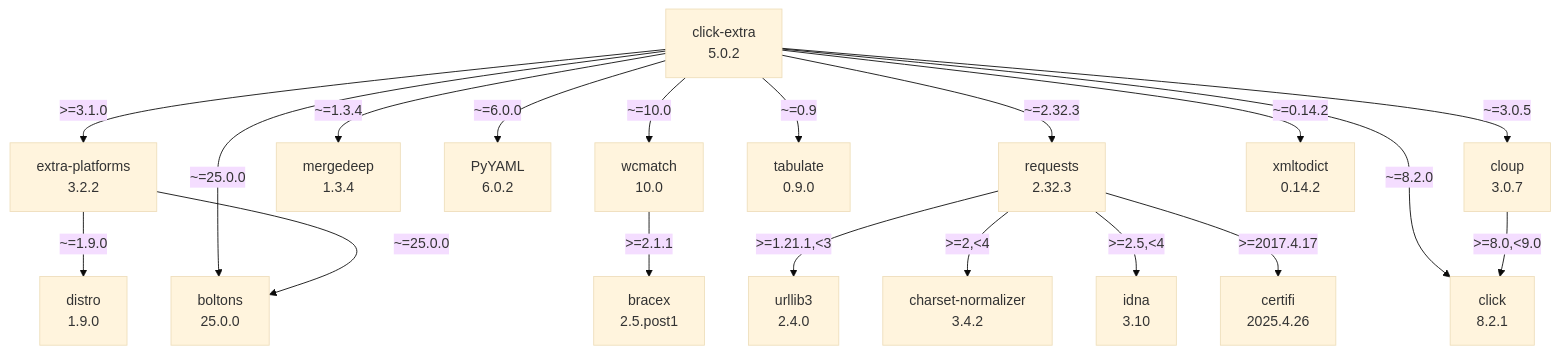
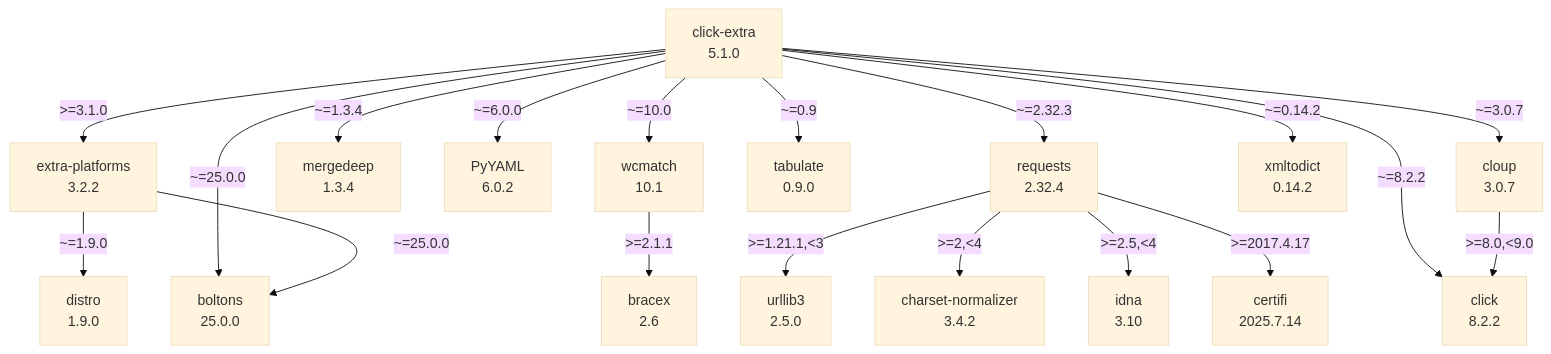
Before and after one commit to kdeldycke/click-extra: the diagram in docs/assets/dependencies.mmd, drawn with Mermaid (base theme).

Commit message:
[autofix] Regenerate dependency graph

```diff
--- a/docs/assets/dependencies.mmd
+++ b/docs/assets/dependencies.mmd
@@ -1,37 +1,37 @@
 flowchart TD
     classDef missing stroke-dasharray: 5
     boltons["boltons\n25.0.0"]
-    bracex["bracex\n2.5.post1"]
-    certifi["certifi\n2025.4.26"]
+    bracex["bracex\n2.6"]
+    certifi["certifi\n2025.7.14"]
     charset-normalizer["charset-normalizer\n3.4.2"]
-    click-extra["click-extra\n5.0.2"]
-    click_0["click\n8.2.1"]
+    click-extra["click-extra\n5.1.0"]
+    click_0["click\n8.2.2"]
     cloup["cloup\n3.0.7"]
     distro["distro\n1.9.0"]
     extra-platforms["extra-platforms\n3.2.2"]
     idna["idna\n3.10"]
     mergedeep["mergedeep\n1.3.4"]
     pyyaml["PyYAML\n6.0.2"]
-    requests["requests\n2.32.3"]
+    requests["requests\n2.32.4"]
     tabulate["tabulate\n0.9.0"]
-    urllib3["urllib3\n2.4.0"]
-    wcmatch["wcmatch\n10.0"]
+    urllib3["urllib3\n2.5.0"]
+    wcmatch["wcmatch\n10.1"]
     xmltodict["xmltodict\n0.14.2"]
     click-extra -- ">=3.1.0" --> extra-platforms
     click-extra -- "~=0.14.2" --> xmltodict
     click-extra -- "~=0.9" --> tabulate
     click-extra -- "~=1.3.4" --> mergedeep
     click-extra -- "~=10.0" --> wcmatch
     click-extra -- "~=2.32.3" --> requests
     click-extra -- "~=25.0.0" --> boltons
-    click-extra -- "~=3.0.5" --> cloup
+    click-extra -- "~=3.0.7" --> cloup
     click-extra -- "~=6.0.0" --> pyyaml
-    click-extra -- "~=8.2.0" --> click_0
+    click-extra -- "~=8.2.2" --> click_0
     cloup -- ">=8.0,<9.0" --> click_0
     extra-platforms -- "~=1.9.0" --> distro
     extra-platforms -- "~=25.0.0" --> boltons
     requests -- ">=1.21.1,<3" --> urllib3
     requests -- ">=2,<4" --> charset-normalizer
     requests -- ">=2.5,<4" --> idna
     requests -- ">=2017.4.17" --> certifi
     wcmatch -- ">=2.1.1" --> bracex
```
